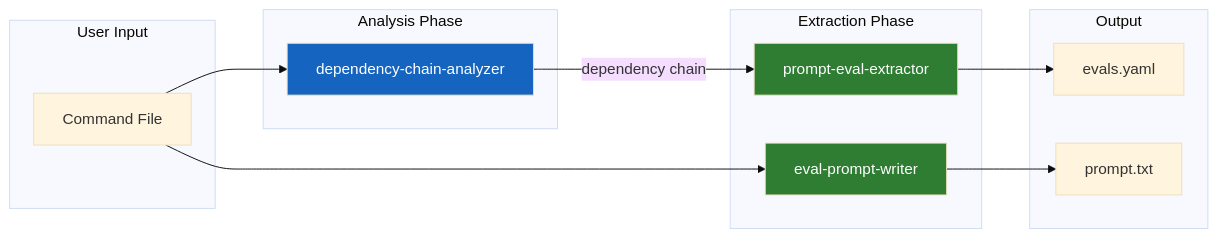
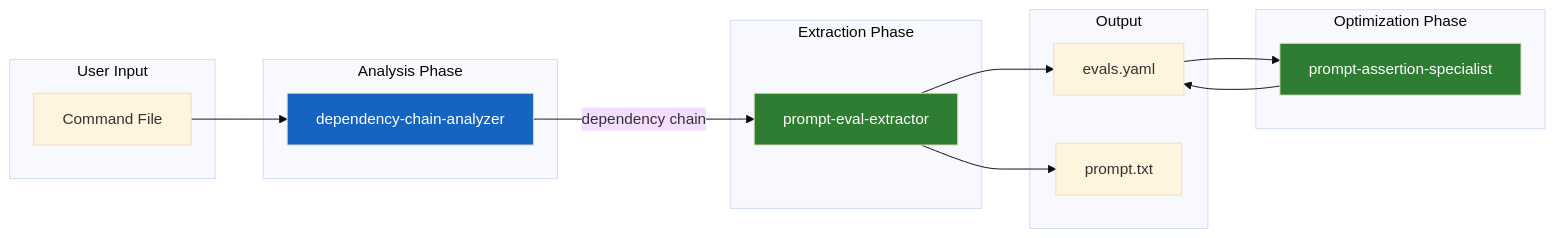
The second of 3 diagrams in docs/concepts/eval-system.md (rp1-run/rp1), drawn with Mermaid (base theme) before and after one commit. The commit also changed other lines of this file and 41 other files, not shown here.

````diff
--- a/docs/concepts/eval-system.md
+++ b/docs/concepts/eval-system.md
@@ -62,30 +62,34 @@
 ```mermaid
 flowchart LR
     subgraph "User Input"
         CMD[Command File]
     end
 
     subgraph "Analysis Phase"
         ANALYZER[dependency-chain-analyzer]
     end
 
     subgraph "Extraction Phase"
         EXTRACT[prompt-eval-extractor]
-        WRITER[eval-prompt-writer]
+    end
+
+    subgraph "Optimization Phase"
+        PAS[prompt-assertion-specialist]
     end
 
     subgraph "Output"
         YAML[evals.yaml]
         PROMPT[prompt.txt]
     end
 
     CMD --> ANALYZER
     ANALYZER -->|dependency chain| EXTRACT
-    CMD --> WRITER
     EXTRACT --> YAML
-    WRITER --> PROMPT
+    EXTRACT --> PROMPT
+    YAML --> PAS
+    PAS --> YAML
 
     style ANALYZER fill:#1565c0,color:#fff
     style EXTRACT fill:#2e7d32,color:#fff
-    style WRITER fill:#2e7d32,color:#fff
+    style PAS fill:#2e7d32,color:#fff
 ```
````
